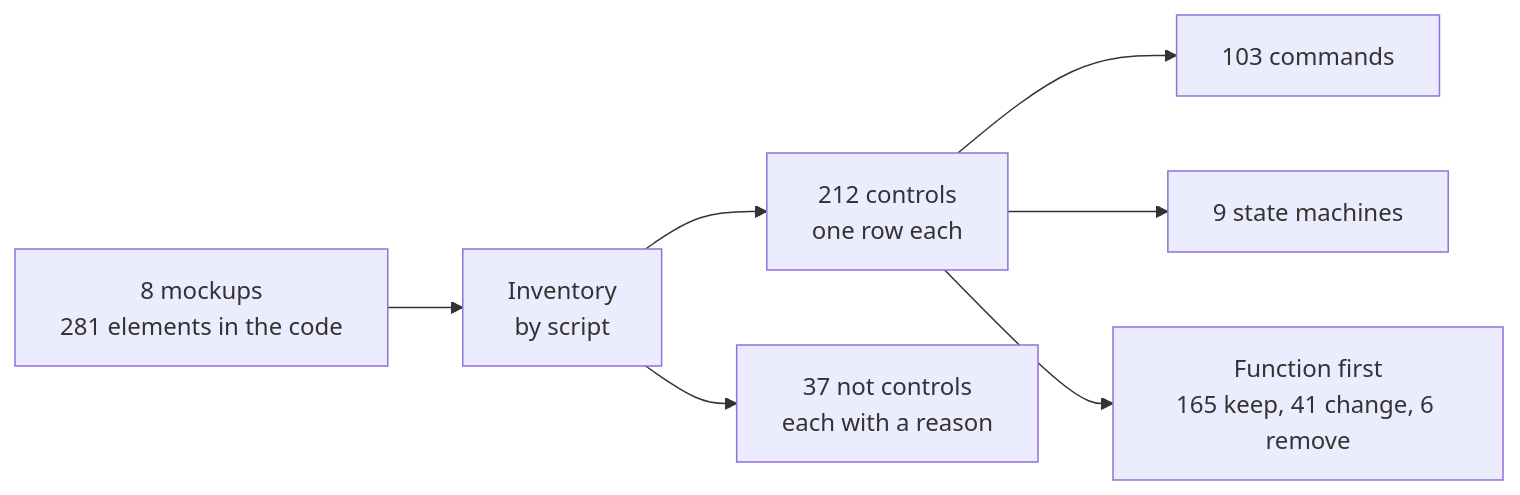
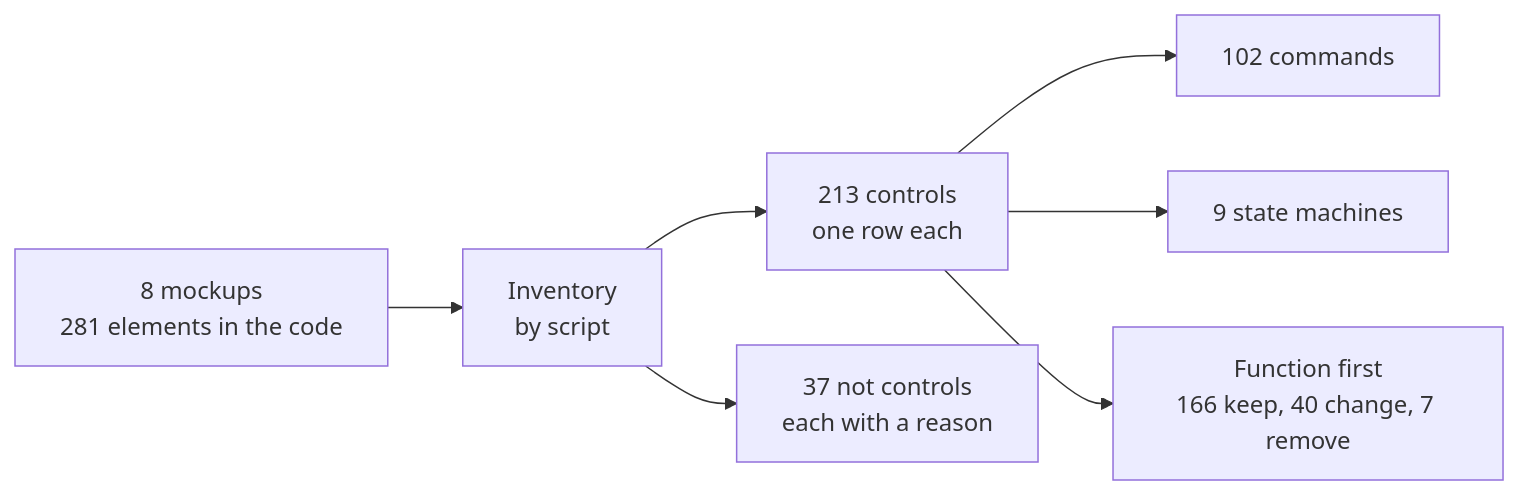
Before and after one commit to abossard/bossylights: the first of 10 diagrams in docs/design/controls.md, drawn with Mermaid. The commit also changed other lines of this file and 39 other files, not shown here.

````diff
--- a/docs/design/controls.md
+++ b/docs/design/controls.md
@@ -6,9 +6,9 @@
 ```mermaid
 flowchart LR
   M["8 mockups<br/>281 elements in the code"] --> I["Inventory<br/>by script"]
-  I --> R["212 controls<br/>one row each"]
+  I --> R["213 controls<br/>one row each"]
   I --> N["37 not controls<br/>each with a reason"]
-  R --> C["103 commands"]
+  R --> C["102 commands"]
   R --> S["9 state machines"]
-  R --> F["Function first<br/>165 keep, 41 change, 6 remove"]
+  R --> F["Function first<br/>166 keep, 40 change, 7 remove"]
 ```
````
